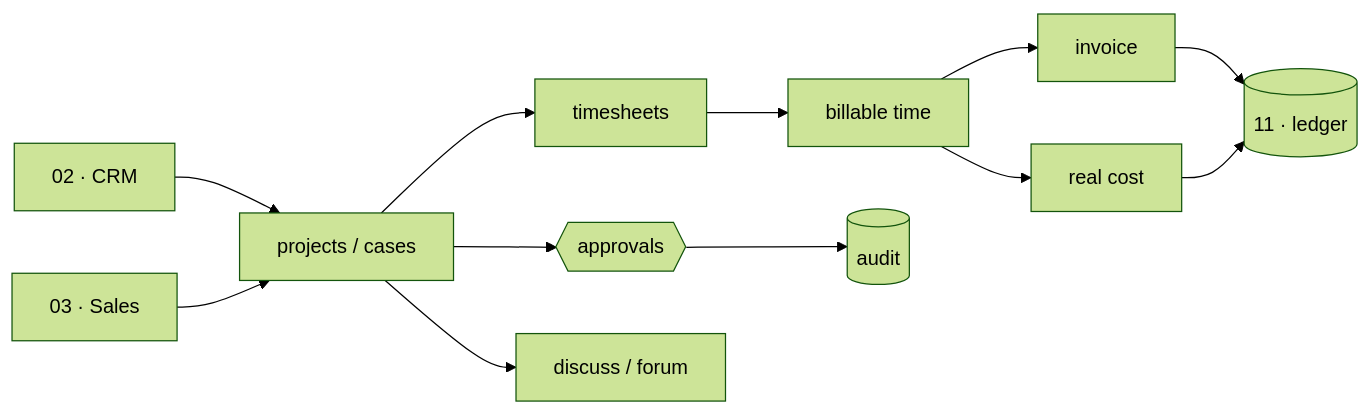
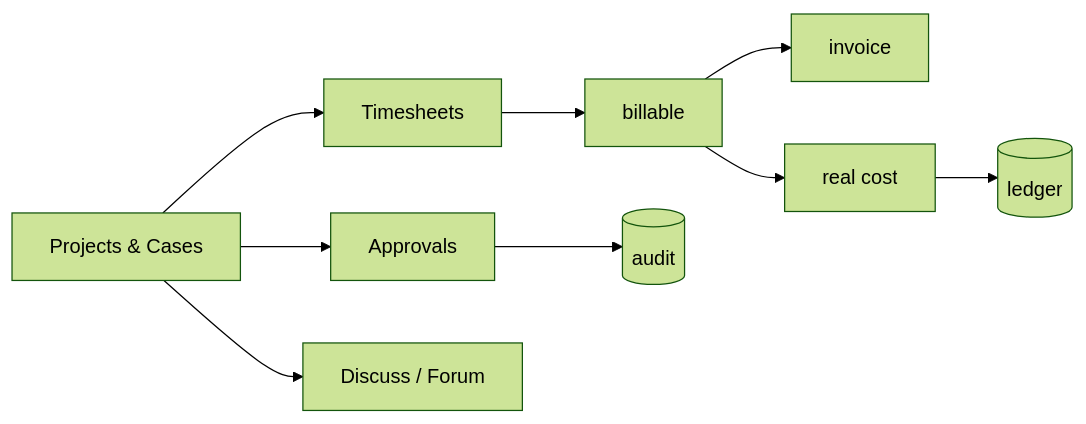
One commit to vastrangam/AI_Content_Engine changed diagram 15 of 16 in VASTRANGAM_MODULES_COMPLETE.md. Above: the diagram before and after it, drawn with Mermaid (forest theme). The commit also changed other lines of this file and 1 other file, not shown here.

First line of the commit message:
Rewrite module book at app + screen level (78 apps, BUILT/SPEC marked)

````diff
--- a/VASTRANGAM_MODULES_COMPLETE.md
+++ b/VASTRANGAM_MODULES_COMPLETE.md
@@ -1367,14 +1062,8 @@
 ```mermaid
 flowchart LR
-  CRM[02 · CRM] --> PRJ[projects / cases]
-  SAL[03 · Sales] --> PRJ
-  PRJ --> TS[timesheets]
-  TS --> BILL[billable time]
-  BILL --> INV[invoice]
-  BILL --> COST[real cost]
-  INV --> GL[(11 · ledger)]
-  COST --> GL
-  PRJ --> APP{{approvals}}
-  APP --> AUD[(audit)]
-  PRJ --> DISC[discuss / forum]
+  PRJ[Projects & Cases] --> TS[Timesheets]
+  TS --> BILL[billable] --> INV[invoice]
+  BILL --> COST[real cost] --> GL[(ledger)]
+  PRJ --> APP[Approvals] --> AUD[(audit)]
+  PRJ --> DISC[Discuss / Forum]
 ```
````
